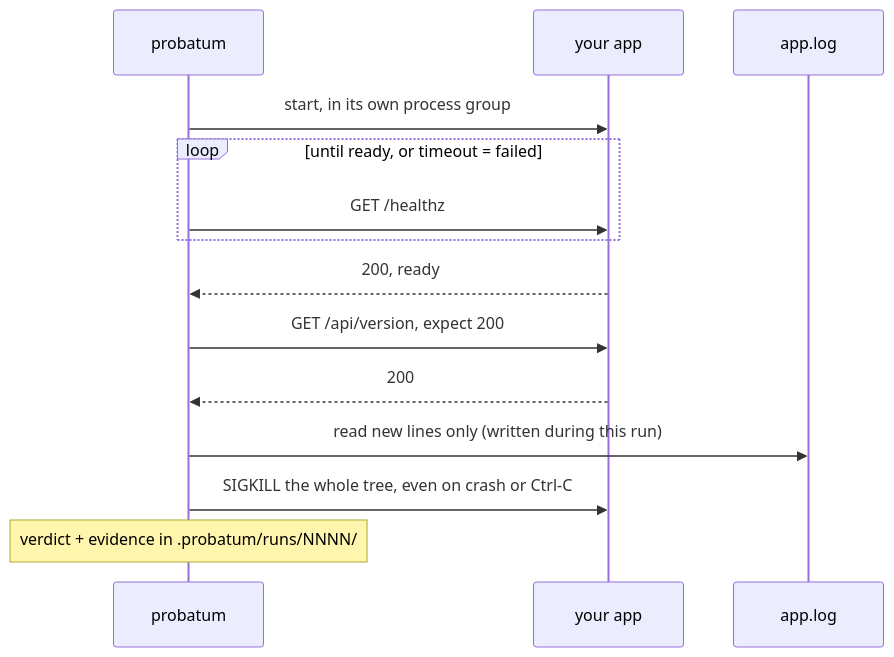
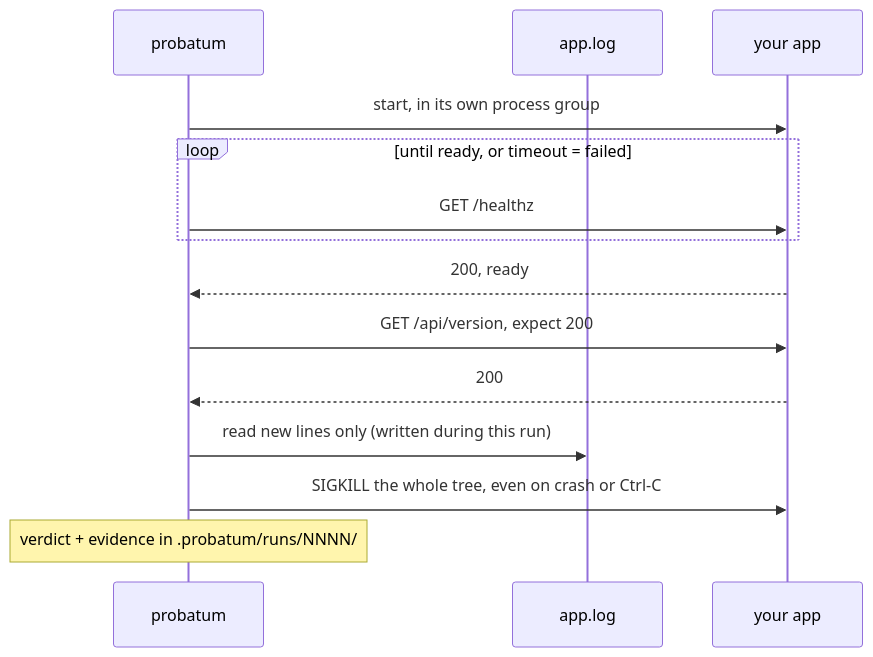
Before and after one commit to probatum-org/probatum: the second of 2 diagrams in README.md, drawn with Mermaid. The commit also changed other lines of this file, not shown here.

First line of the commit message:
docs: keep the README diagrams clear of GitHub's mermaid controls

````diff
--- a/README.md
+++ b/README.md
@@ -108,17 +108,17 @@
 ```mermaid
 sequenceDiagram
     participant probatum
+    participant log as app.log
     participant app as your app
-    participant log as app.log
 
     probatum->>app: start, in its own process group
     loop until ready, or timeout = failed
         probatum->>app: GET /healthz
     end
     app-->>probatum: 200, ready
     probatum->>app: GET /api/version, expect 200
     app-->>probatum: 200
     probatum->>log: read new lines only (written during this run)
     probatum->>app: SIGKILL the whole tree, even on crash or Ctrl-C
     Note over probatum: verdict + evidence in .probatum/runs/NNNN/
 ```
````
